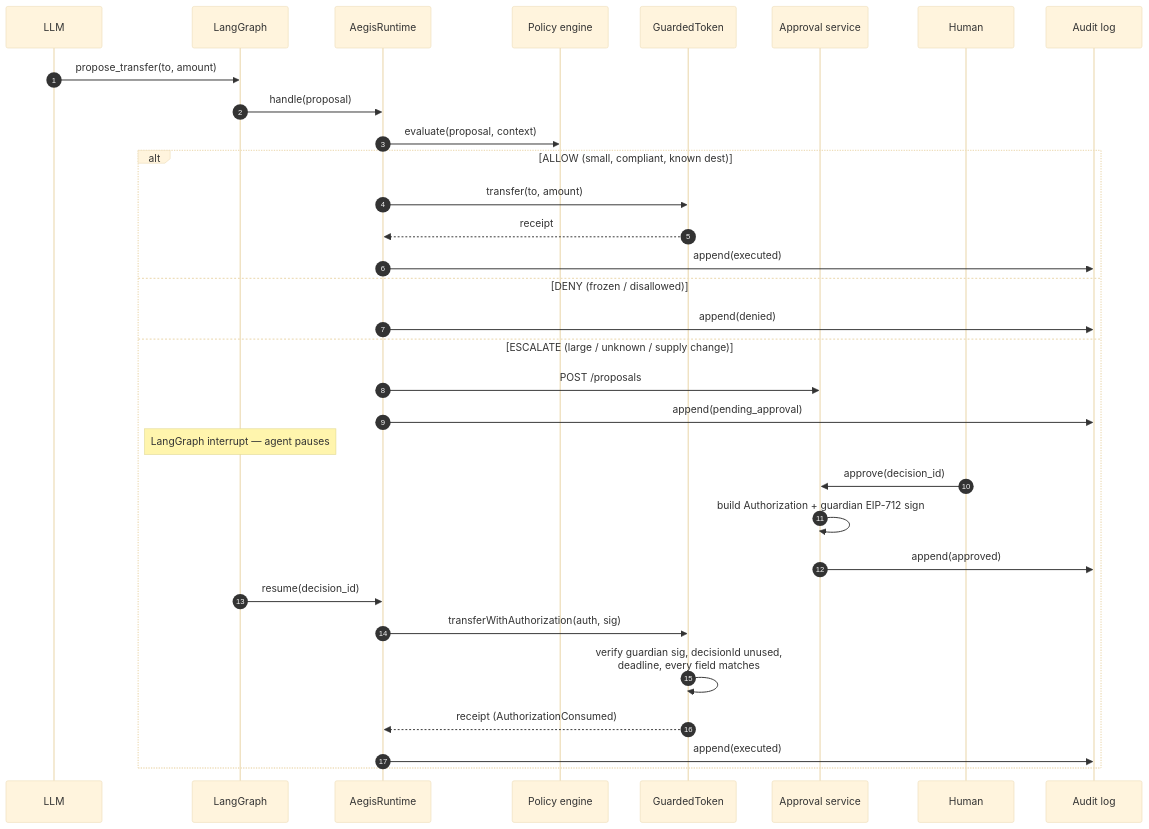
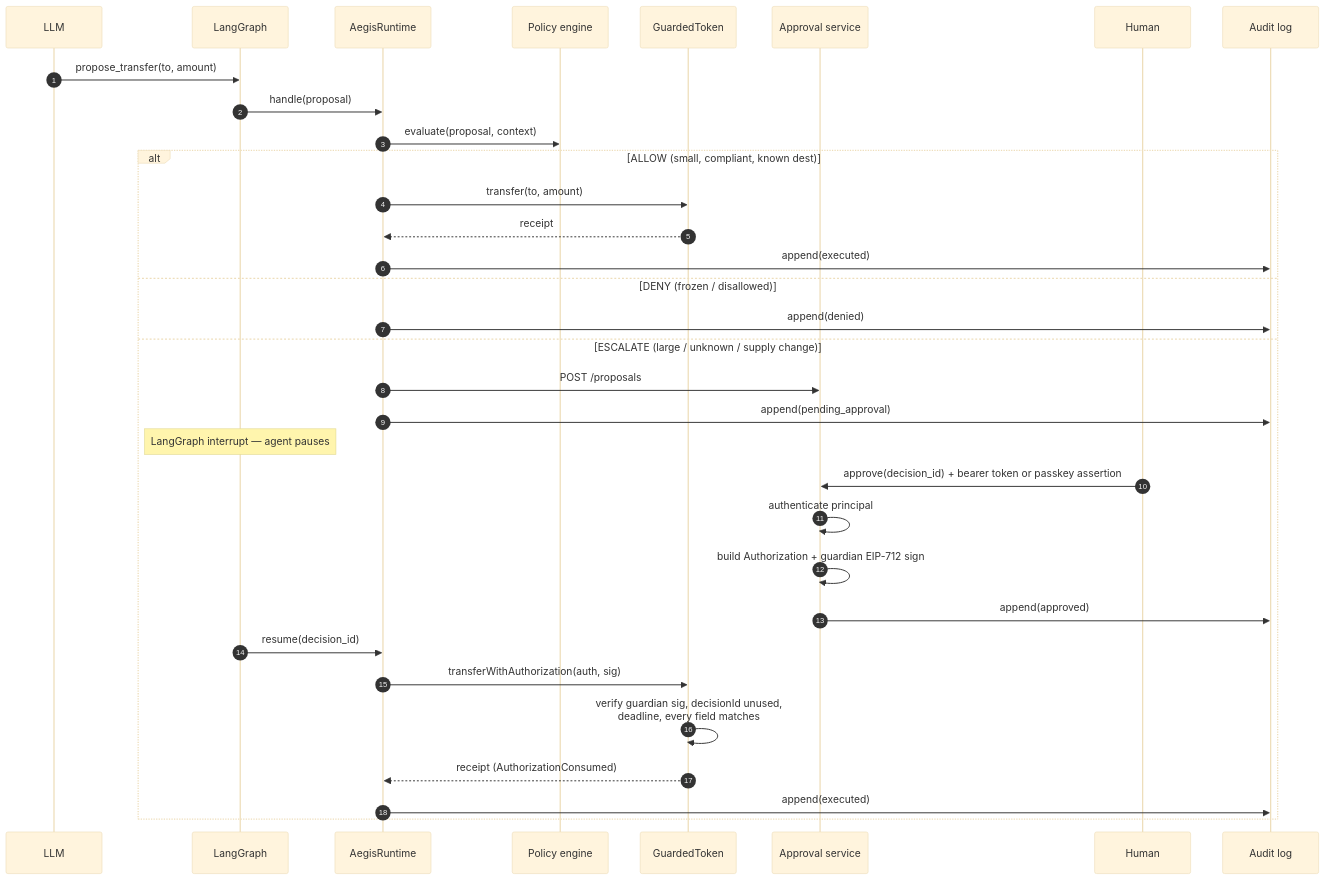
One commit to rajatwasan/aegis changed the second of 2 diagrams in docs/architecture.md. Above: the diagram before and after it, drawn with Mermaid (base theme). The commit also changed other lines of this file and 3 other files, not shown here.

````diff
--- a/docs/architecture.md
+++ b/docs/architecture.md
@@ -107,35 +115,36 @@
 ```mermaid
 sequenceDiagram
     autonumber
     participant LLM
     participant Graph as LangGraph
     participant RT as AegisRuntime
     participant Pol as Policy engine
     participant Tok as GuardedToken
     participant API as Approval service
     participant H as Human
     participant Log as Audit log
 
     LLM->>Graph: propose_transfer(to, amount)
     Graph->>RT: handle(proposal)
     RT->>Pol: evaluate(proposal, context)
     alt ALLOW (small, compliant, known dest)
         RT->>Tok: transfer(to, amount)
         Tok-->>RT: receipt
         RT->>Log: append(executed)
     else DENY (frozen / disallowed)
         RT->>Log: append(denied)
     else ESCALATE (large / unknown / supply change)
         RT->>API: POST /proposals
         RT->>Log: append(pending_approval)
         Note over Graph: LangGraph interrupt — agent pauses
-        H->>API: approve(decision_id)
+        H->>API: approve(decision_id) + bearer token or passkey assertion
+        API->>API: authenticate principal
         API->>API: build Authorization + guardian EIP-712 sign
         API->>Log: append(approved)
         Graph->>RT: resume(decision_id)
         RT->>Tok: transferWithAuthorization(auth, sig)
         Tok->>Tok: verify guardian sig, decisionId unused,<br/>deadline, every field matches
         Tok-->>RT: receipt (AuthorizationConsumed)
         RT->>Log: append(executed)
     end
 ```
````
